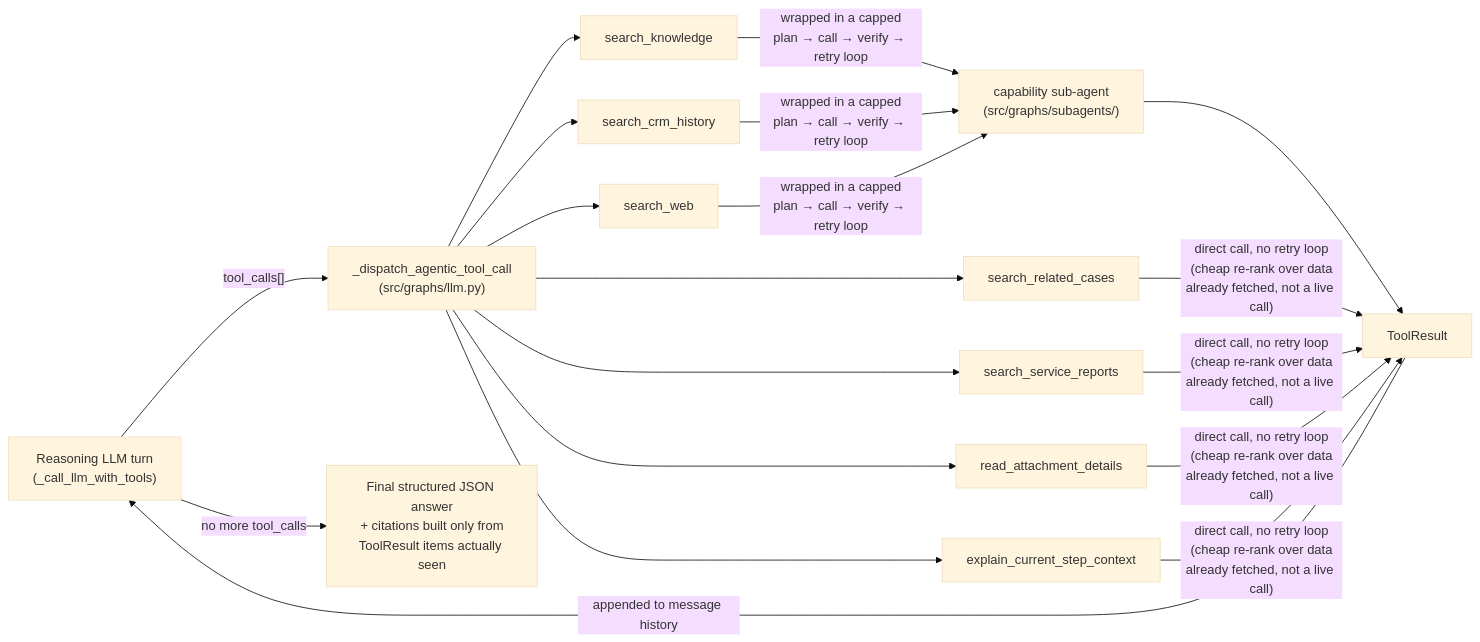
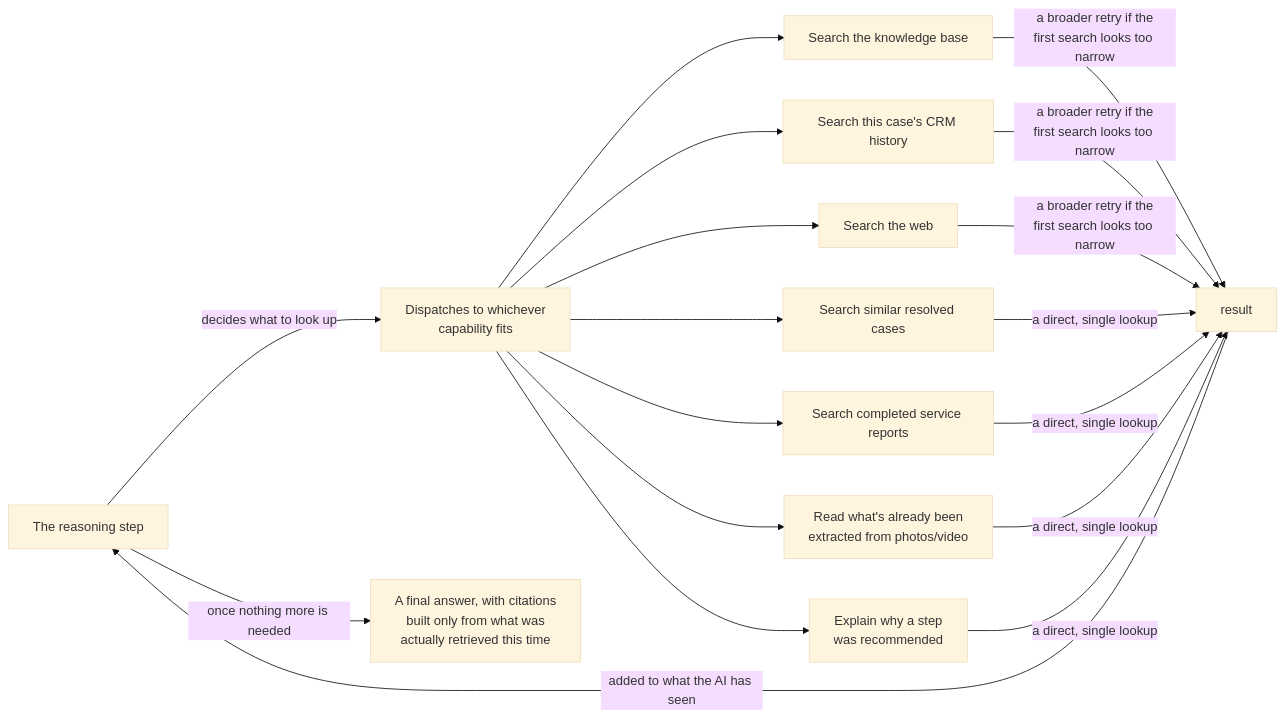
The second of 3 diagrams in docs/ARCHITECTURE.md (IndustryFusion/xana-docs), drawn with Mermaid (base theme) before and after one commit. The commit also changed other lines of this file and 24 other files, not shown here.

````diff
--- a/docs/ARCHITECTURE.md
+++ b/docs/ARCHITECTURE.md
@@ -55,16 +55,15 @@
 ```mermaid
 flowchart LR
-    llm["Reasoning LLM turn<br/>(_call_llm_with_tools)"] -->|"tool_calls[]"| dispatch["_dispatch_agentic_tool_call<br/>(src/graphs/llm.py)"]
-    dispatch --> t1["search_knowledge"]
-    dispatch --> t2["search_crm_history"]
-    dispatch --> t3["search_web"]
-    dispatch --> t4["search_related_cases"]
-    dispatch --> t5["search_service_reports"]
-    dispatch --> t6["read_attachment_details"]
-    dispatch --> t7["explain_current_step_context"]
-    t1 & t2 & t3 -->|"wrapped in a capped<br/>plan → call → verify → retry loop"| sub["capability sub-agent<br/>(src/graphs/subagents/)"]
-    sub --> result["ToolResult"]
-    t4 & t5 & t6 & t7 -->|"direct call, no retry loop<br/>(cheap re-rank over data<br/>already fetched, not a live call)"| result
-    result -->|"appended to message history"| llm
-    llm -->|"no more tool_calls"| answer["Final structured JSON answer<br/>+ citations built only from<br/>ToolResult items actually seen"]
+    llm["The reasoning step"] -->|"decides what to look up"| dispatch["Dispatches to whichever\ncapability fits"]
+    dispatch --> t1["Search the knowledge base"]
+    dispatch --> t2["Search this case's CRM history"]
+    dispatch --> t3["Search the web"]
+    dispatch --> t4["Search similar resolved cases"]
+    dispatch --> t5["Search completed service reports"]
+    dispatch --> t6["Read what's already been\nextracted from photos/video"]
+    dispatch --> t7["Explain why a step\nwas recommended"]
+    t1 & t2 & t3 -->|"a broader retry if the\nfirst search looks too narrow"| sub["result"]
+    t4 & t5 & t6 & t7 -->|"a direct, single lookup"| sub
+    sub -->|"added to what the AI has seen"| llm
+    llm -->|"once nothing more is needed"| answer["A final answer, with citations\nbuilt only from what was\nactually retrieved this time"]
 ```
````
